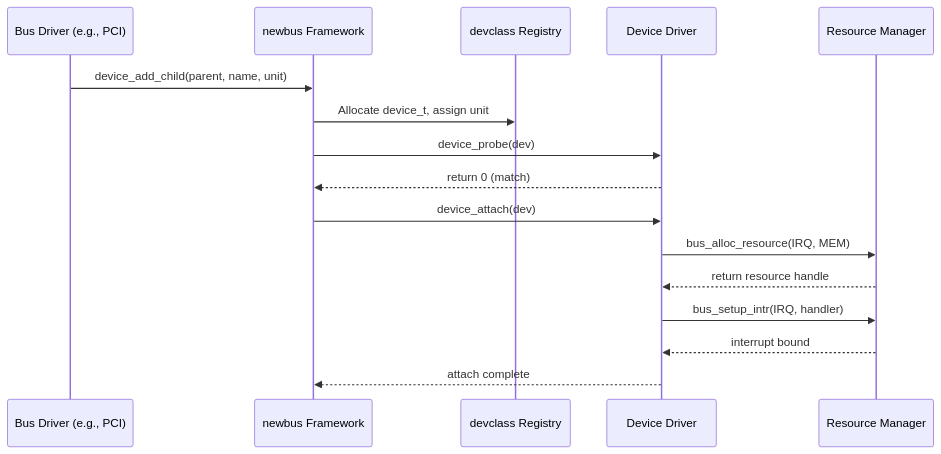
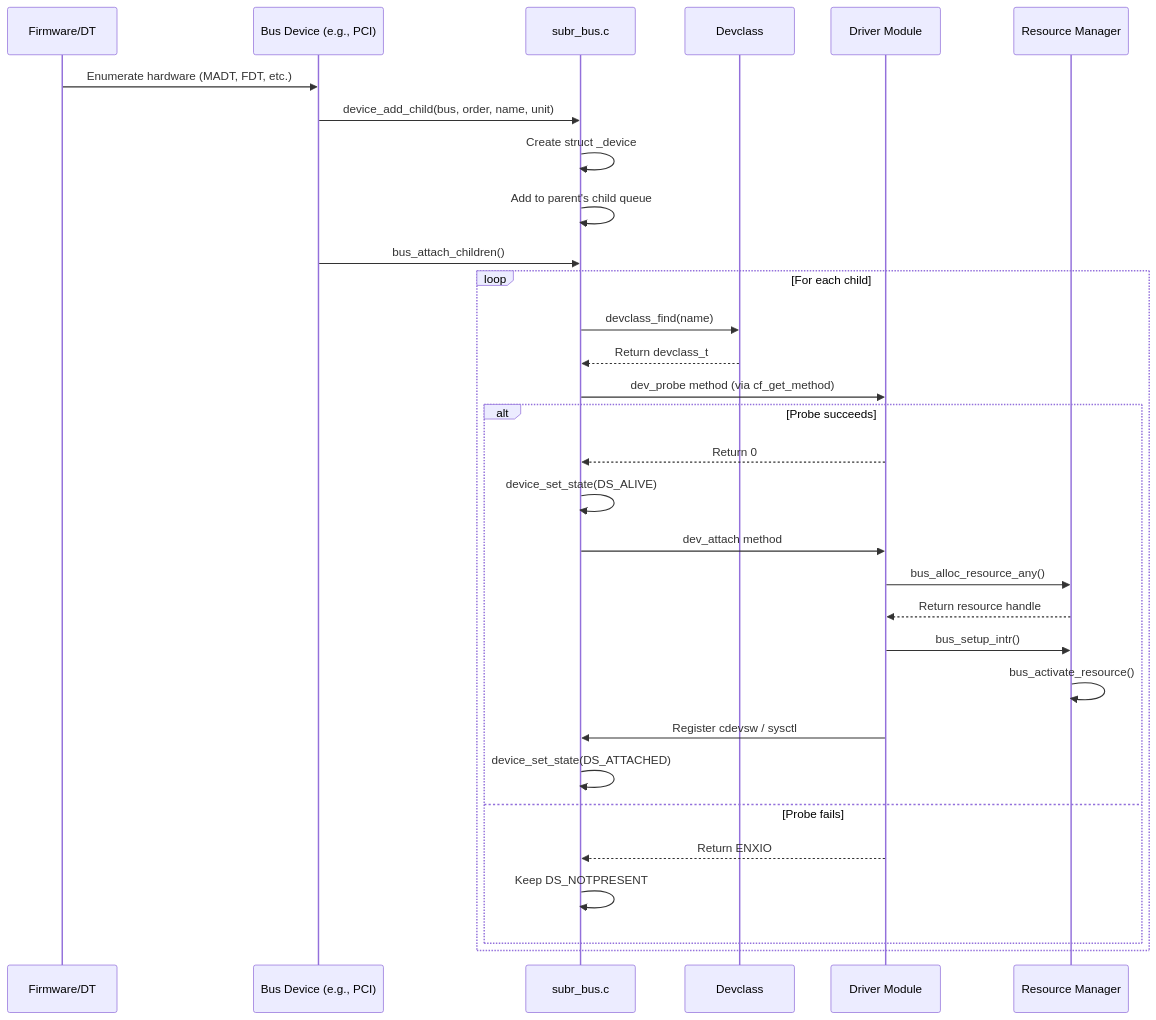
Before and after one commit to ocochard/freebsd-src: the diagram in sys/kern/README_driver.md, drawn with Mermaid. The commit also changed other lines of this file and 26 other files, not shown here.

````diff
--- a/sys/kern/README_driver.md
+++ b/sys/kern/README_driver.md
@@ -88,19 +237,34 @@
 ```mermaid
 sequenceDiagram
-  participant Bus as Bus Driver (e.g., PCI)
-  participant NewBus as newbus Framework
-  participant DevClass as devclass Registry
-  participant Driver as Device Driver
-  participant Rman as Resource Manager
+    participant Firmware as Firmware/DT
+    participant Bus as Bus Device (e.g., PCI)
+    participant Newbus as subr_bus.c
+    participant Devclass as Devclass
+    participant Driver as Driver Module
+    participant Rman as Resource Manager
 
-  Bus->>NewBus: device_add_child(parent, name, unit)
-  NewBus->>DevClass: Allocate device_t, assign unit
-  NewBus->>Driver: device_probe(dev)
-  Driver-->>NewBus: return 0 (match)
-  NewBus->>Driver: device_attach(dev)
-  Driver->>Rman: bus_alloc_resource(IRQ, MEM)
-  Rman-->>Driver: return resource handle
-  Driver->>Rman: bus_setup_intr(IRQ, handler)
-  Rman-->>Driver: interrupt bound
-  Driver-->>NewBus: attach complete
+    Firmware->>Bus: Enumerate hardware (MADT, FDT, etc.)
+    Bus->>Newbus: device_add_child(bus, order, name, unit)
+    Newbus->>Newbus: Create struct _device
+    Newbus->>Newbus: Add to parent's child queue
+    Bus->>Newbus: bus_attach_children()
+    loop For each child
+        Newbus->>Devclass: devclass_find(name)
+        Devclass-->>Newbus: Return devclass_t
+        Newbus->>Driver: dev_probe method (via cf_get_method)
+        alt Probe succeeds
+            Driver-->>Newbus: Return 0
+            Newbus->>Newbus: device_set_state(DS_ALIVE)
+            Newbus->>Driver: dev_attach method
+            Driver->>Rman: bus_alloc_resource_any()
+            Rman-->>Driver: Return resource handle
+            Driver->>Rman: bus_setup_intr()
+            Rman->>Rman: bus_activate_resource()
+            Driver->>Newbus: Register cdevsw / sysctl
+            Newbus->>Newbus: device_set_state(DS_ATTACHED)
+        else Probe fails
+            Driver-->>Newbus: Return ENXIO
+            Newbus->>Newbus: Keep DS_NOTPRESENT
+        end
+    end
 ```
````
